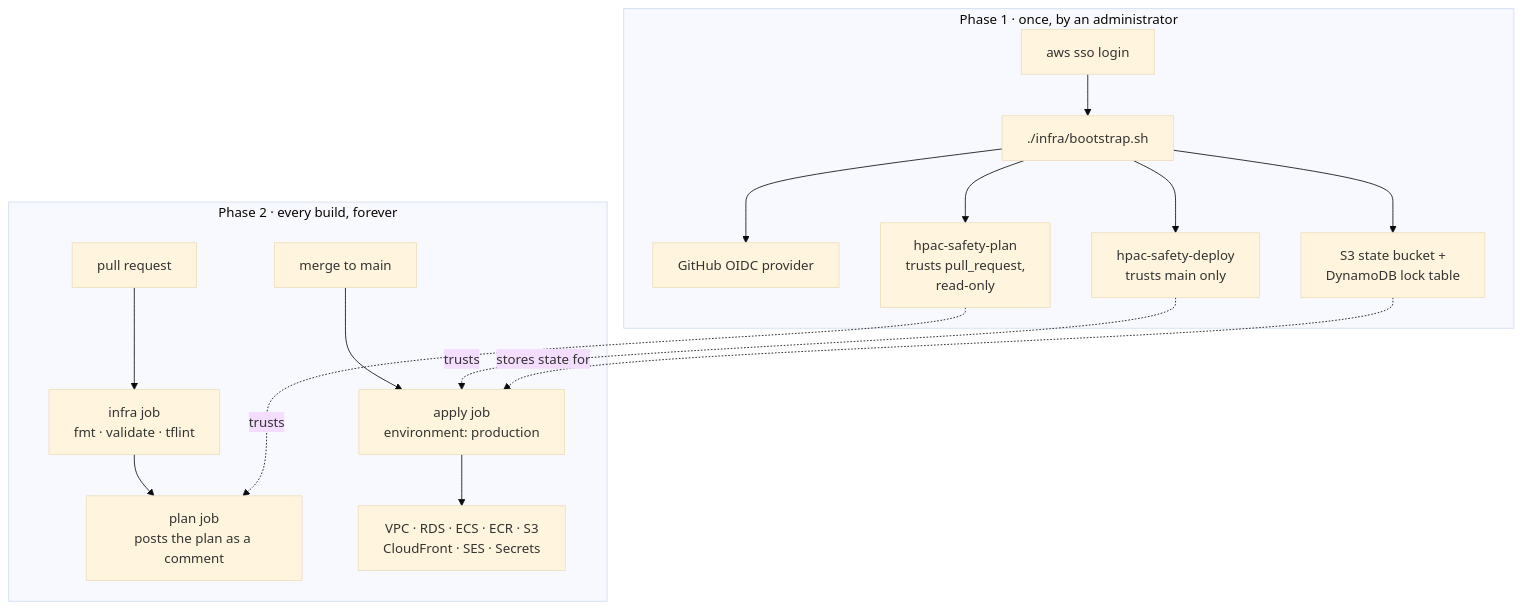
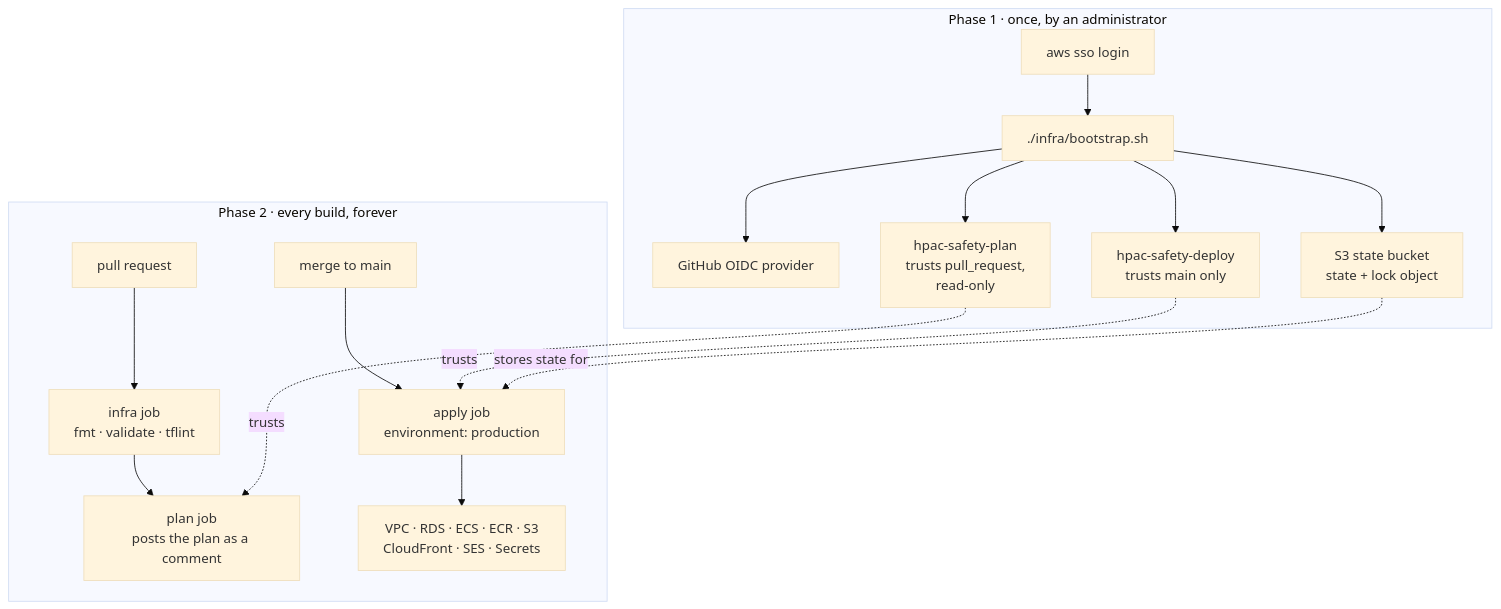
Before and after one commit to HPAC-Safety/safety-report: the second of 2 diagrams in infra/README.md, drawn with Mermaid (base theme). The commit also changed other lines of this file and 24 other files, not shown here.

````diff
--- a/infra/README.md
+++ b/infra/README.md
@@ -59,21 +96,21 @@
 ```mermaid
 flowchart TD
     subgraph once["Phase 1 · once, by an administrator"]
         sso["aws sso login"] --> boot["./infra/bootstrap.sh"]
         boot --> oidc["GitHub OIDC provider"]
         boot --> deploy["hpac-safety-deploy<br/>trusts main only"]
         boot --> plan["hpac-safety-plan<br/>trusts pull_request,<br/>read-only"]
-        boot --> state["S3 state bucket +<br/>DynamoDB lock table"]
+        boot --> state["S3 state bucket<br/>state + lock object"]
     end
 
     subgraph always["Phase 2 · every build, forever"]
         pr["pull request"] --> infra["infra job<br/>fmt · validate · tflint"]
         infra --> planjob["plan job<br/>posts the plan as a comment"]
         merge["merge to main"] --> applyjob["apply job<br/>environment: production"]
         applyjob --> env["VPC · RDS · ECS · ECR · S3<br/>CloudFront · SES · Secrets"]
     end
 
     plan -.trusts.-> planjob
     deploy -.trusts.-> applyjob
     state -.stores state for.-> applyjob
 ```
````
